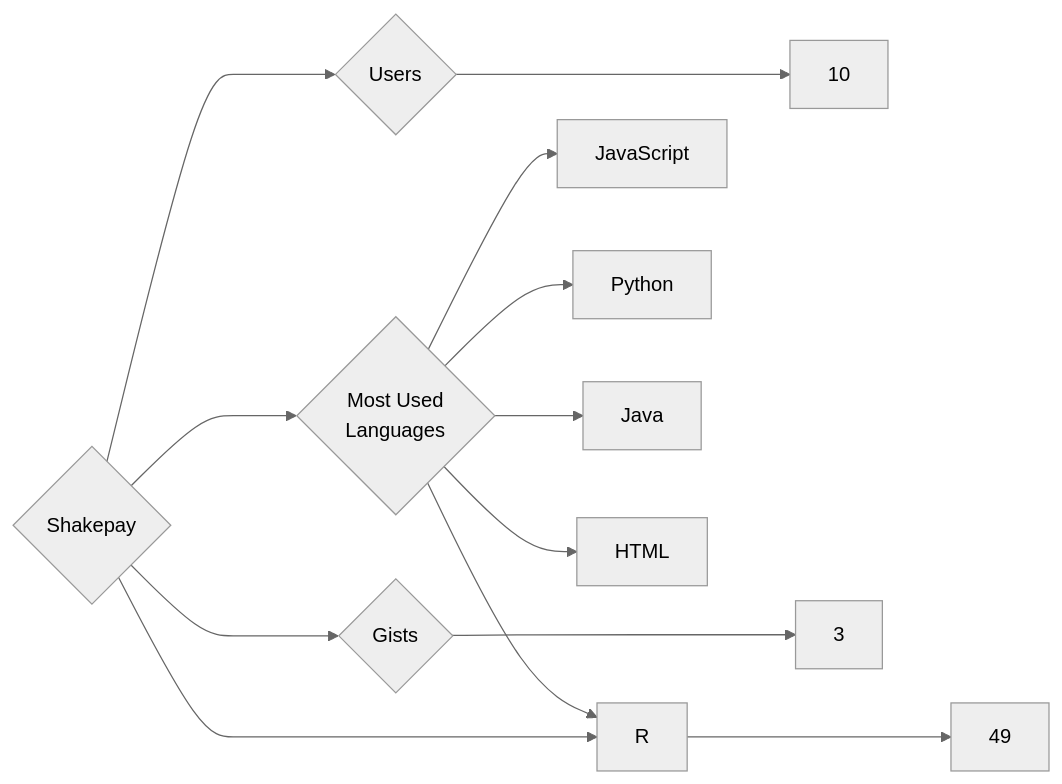
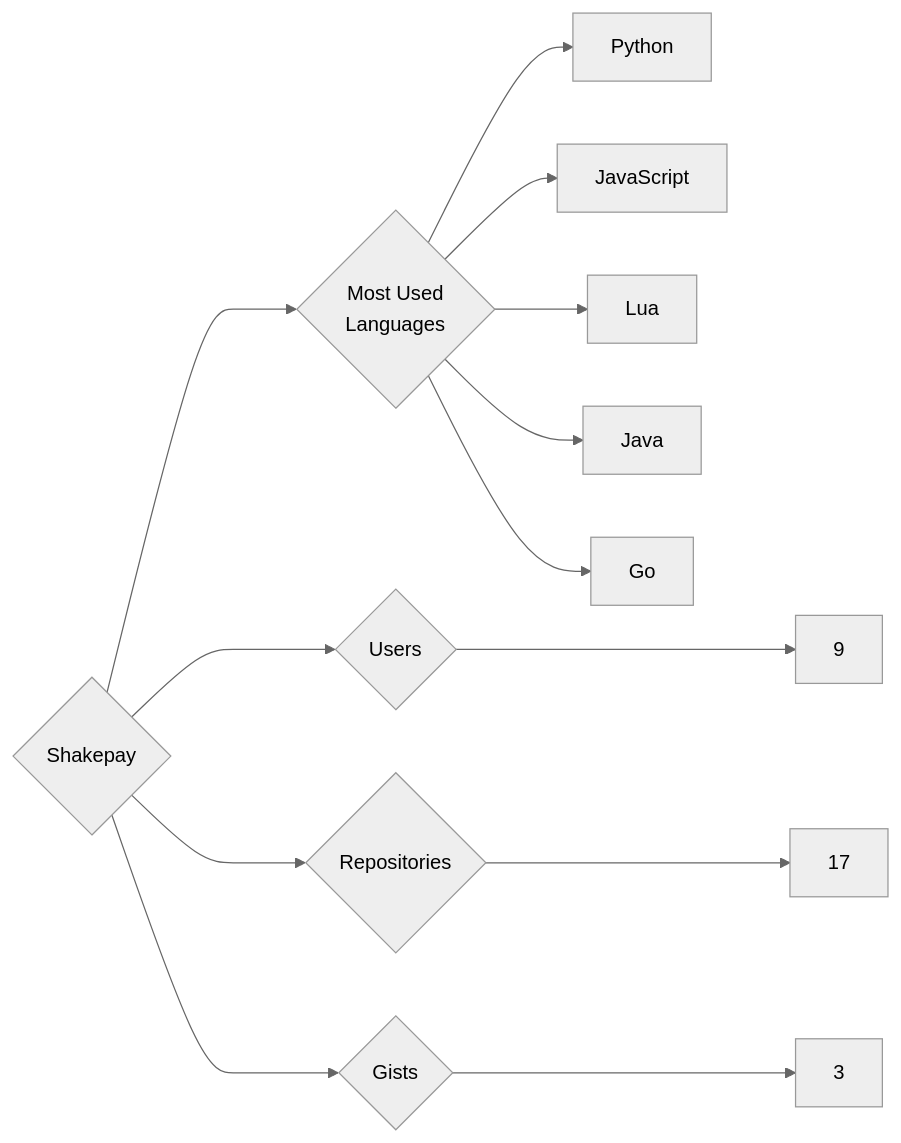
Before and after one commit to trickest/insiders: the diagram in targets/Shakepay/README.md, drawn with Mermaid (neutral theme). The commit also changed 995 other files, not shown here.

````diff
--- a/targets/Shakepay/README.md
+++ b/targets/Shakepay/README.md
@@ -3,13 +3,13 @@
 ```mermaid
 graph LR
 COMPANY_NAME{Shakepay}
-COMPANY_NAME ---> U{Users} ---> UN[10]
-COMPANY_NAME ---> R{Repositories} ---> RN[49]
+COMPANY_NAME ---> U{Users} ---> UN[9]
+COMPANY_NAME ---> R{Repositories} ---> RN[17]
 COMPANY_NAME ---> G{Gists} ---> GN[3]
 COMPANY_NAME ---> ML{Most Used<br>Languages}
+ML --> Python[Python]
 ML --> JavaScript[JavaScript]
-ML --> Python[Python]
+ML --> Lua[Lua]
 ML --> Java[Java]
-ML --> HTML[HTML]
-ML --> R[R]
+ML --> Go[Go]
 ```
````
